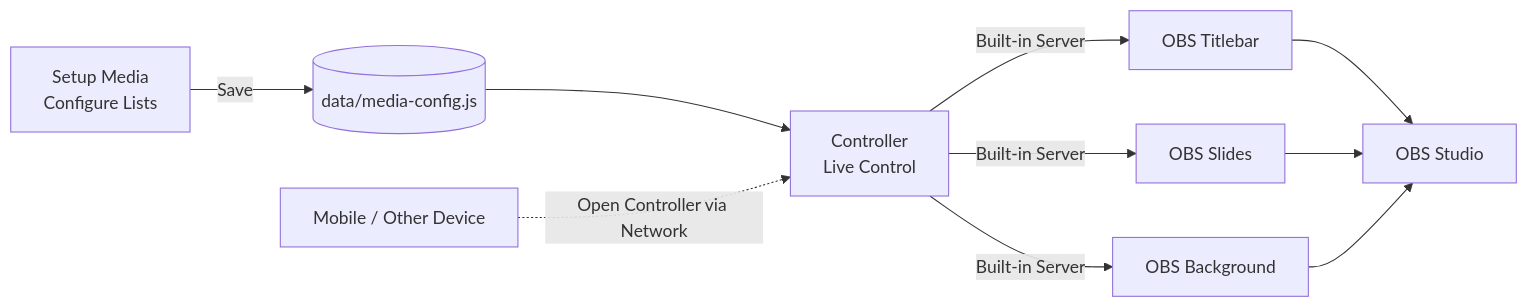
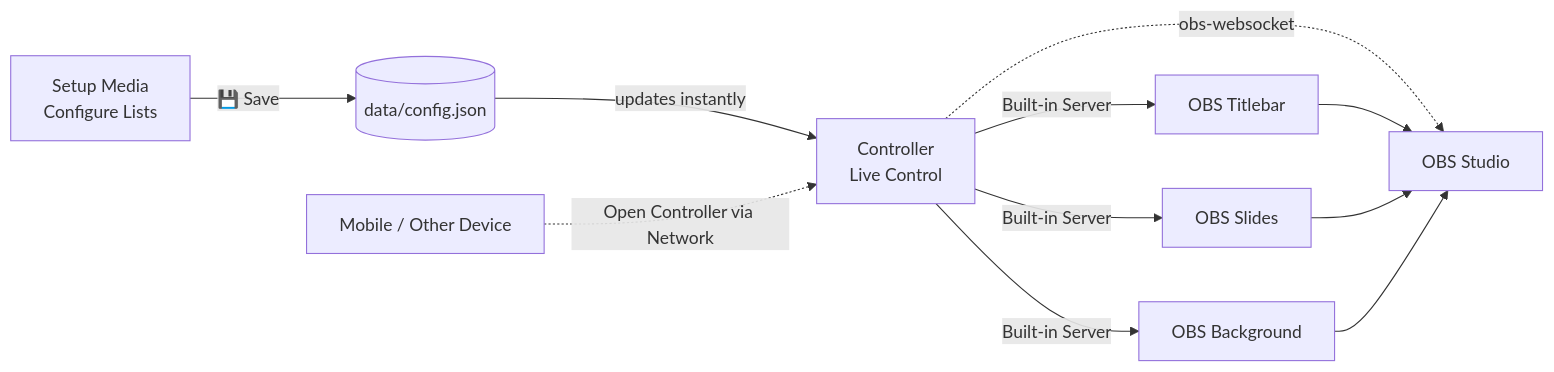
One commit to KaLaMangVT/SlideMang changed the diagram in README.md. Above: the diagram before and after it, drawn with Mermaid. The commit also changed other lines of this file and 39 other files, not shown here.

````diff
--- a/README.md
+++ b/README.md
@@ -70,12 +100,13 @@
 ```mermaid
 flowchart LR
-    S["Setup Media<br/>Configure Lists"] -->|Save| C[("data/media-config.js")]
-    C --> K["Controller<br/>Live Control"]
+    S["Setup Media<br/>Configure Lists"] -->|"💾 Save"| C[("data/config.json")]
+    C -->|"updates instantly"| K["Controller<br/>Live Control"]
     K -->|"Built-in Server"| T["OBS Titlebar"]
     K -->|"Built-in Server"| L["OBS Slides"]
     K -->|"Built-in Server"| B["OBS Background"]
+    K -.->|"obs-websocket"| O
     T --> O["OBS Studio"]
     L --> O
     B --> O
     P["Mobile / Other Device"] -.->|"Open Controller via Network"| K
 ```
````
